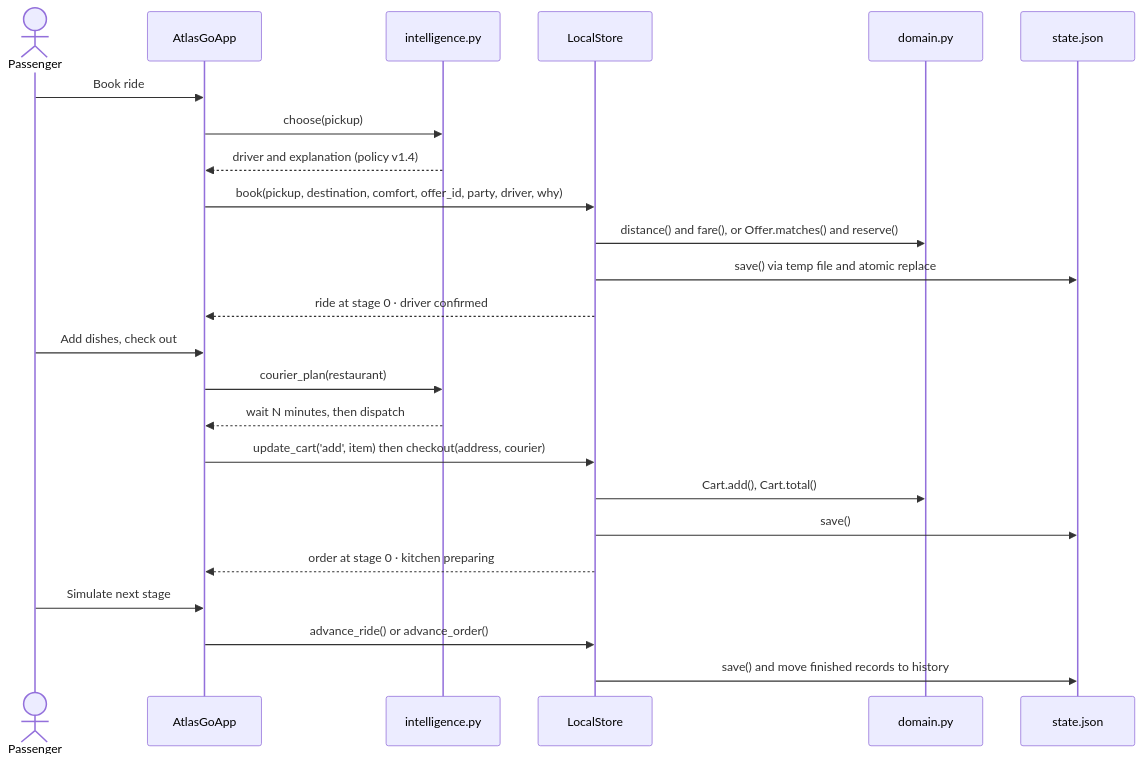
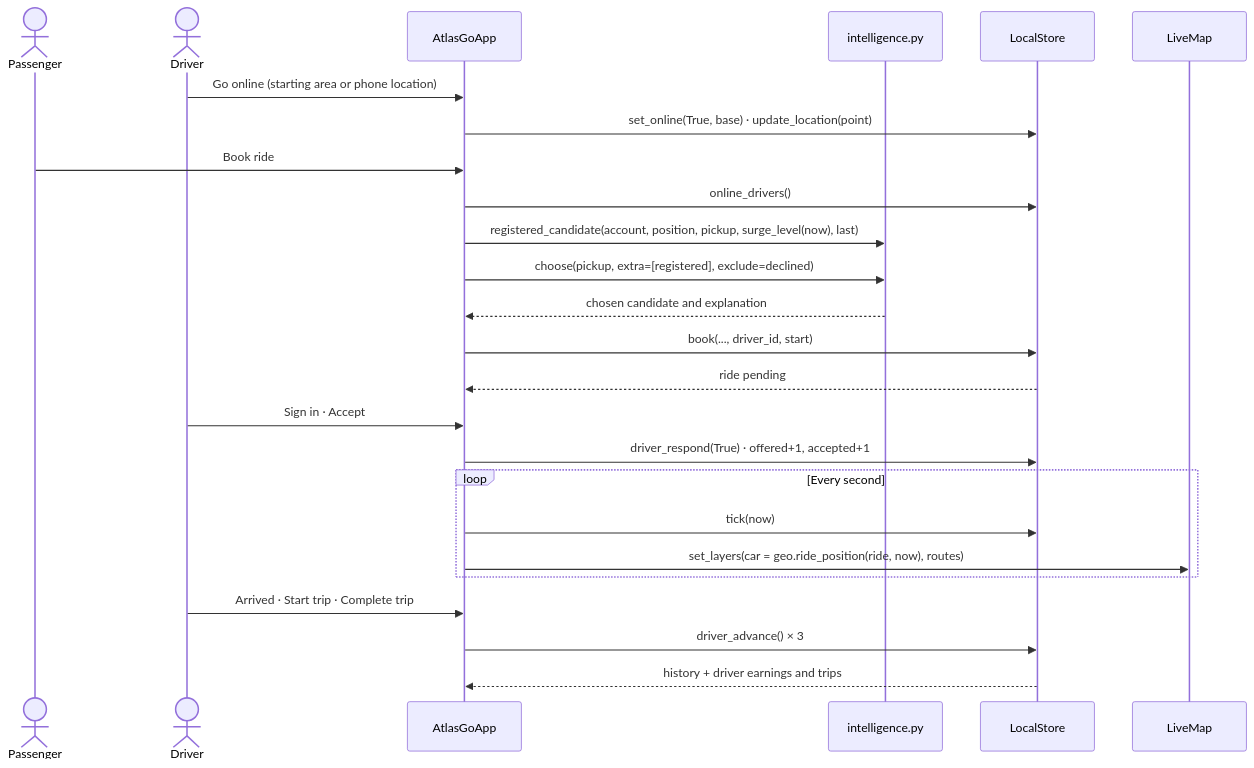
One commit to FUllSCIPTS/ATLAS changed the eighth of 24 diagrams in architecture-explorer/starter/docs/UML_BLUEPRINT.md. Above: the diagram before and after it, drawn with Mermaid. The commit also changed other lines of this file and 1 other file, not shown here.

Commit message:
UML blueprint: ATLAS Go 1.2.0 (accounts, live map, six on-device models)

````diff
--- a/architecture-explorer/starter/docs/UML_BLUEPRINT.md
+++ b/architecture-explorer/starter/docs/UML_BLUEPRINT.md
@@ -506,26 +634,27 @@
 ```mermaid
 sequenceDiagram
     actor Passenger
+    actor Driver
     participant UI as AtlasGoApp
     participant AI as intelligence.py
     participant Store as LocalStore
-    participant Domain as domain.py
-    participant File as state.json
+    participant Map as LiveMap
+    Driver->>UI: Go online (starting area or phone location)
+    UI->>Store: set_online(True, base) · update_location(point)
     Passenger->>UI: Book ride
-    UI->>AI: choose(pickup)
-    AI-->>UI: driver and explanation (policy v1.4)
-    UI->>Store: book(pickup, destination, comfort, offer_id, party, driver, why)
-    Store->>Domain: distance() and fare(), or Offer.matches() and reserve()
-    Store->>File: save() via temp file and atomic replace
-    Store-->>UI: ride at stage 0 · driver confirmed
-    Passenger->>UI: Add dishes, check out
-    UI->>AI: courier_plan(restaurant)
-    AI-->>UI: wait N minutes, then dispatch
-    UI->>Store: update_cart('add', item) then checkout(address, courier)
-    Store->>Domain: Cart.add(), Cart.total()
-    Store->>File: save()
-    Store-->>UI: order at stage 0 · kitchen preparing
-    Passenger->>UI: Simulate next stage
-    UI->>Store: advance_ride() or advance_order()
-    Store->>File: save() and move finished records to history
+    UI->>Store: online_drivers()
+    UI->>AI: registered_candidate(account, position, pickup, surge_level(now), last)
+    UI->>AI: choose(pickup, extra=[registered], exclude=declined)
+    AI-->>UI: chosen candidate and explanation
+    UI->>Store: book(..., driver_id, start)
+    Store-->>UI: ride pending
+    Driver->>UI: Sign in · Accept
+    UI->>Store: driver_respond(True) · offered+1, accepted+1
+    loop Every second
+        UI->>Store: tick(now)
+        UI->>Map: set_layers(car = geo.ride_position(ride, now), routes)
+    end
+    Driver->>UI: Arrived · Start trip · Complete trip
+    UI->>Store: driver_advance() × 3
+    Store-->>UI: history + driver earnings and trips
 ```
````
